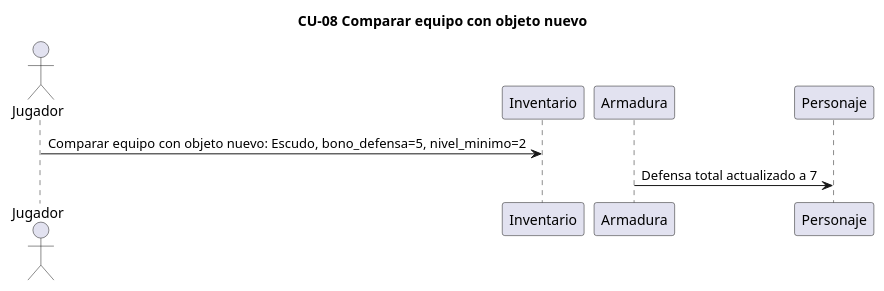
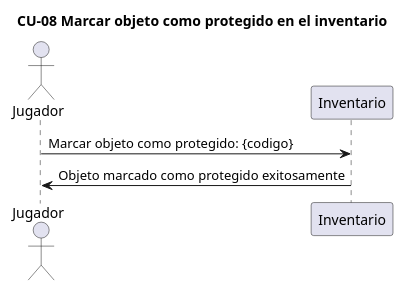
The diagram in salida/diagramas/04_secuencia_CU-08.puml (Samuel-uxn/analisis-final-g02), drawn with PlantUML before and after one commit. The commit also changed 21 other files, not shown here.

```diff
--- a/salida/diagramas/04_secuencia_CU-08.puml
+++ b/salida/diagramas/04_secuencia_CU-08.puml
@@ -1,11 +1,9 @@
 @startuml
 ' Generado por spec2code. Es una PROPUESTA del pipeline: audítala contra la spec.
-title CU-08 Comparar equipo con objeto nuevo
+title CU-08 Marcar objeto como protegido en el inventario
 actor "Jugador" as P1
 participant "Inventario" as P2
-participant "Armadura" as P3
-participant "Personaje" as P4
 
-P1 -> P2 : Comparar equipo con objeto nuevo: Escudo, bono_defensa=5, nivel_minimo=2
-P3 -> P4 : Defensa total actualizado a 7
+P1 -> P2 : Marcar objeto como protegido: {codigo}
+P2 -> P1 : Objeto marcado como protegido exitosamente
 @enduml
```
